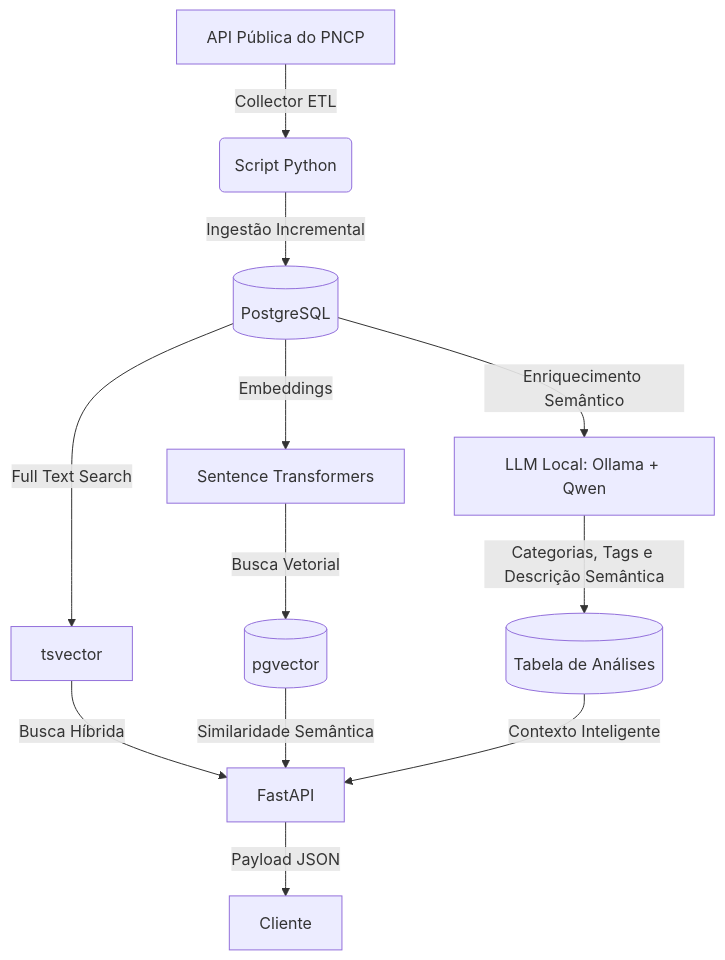
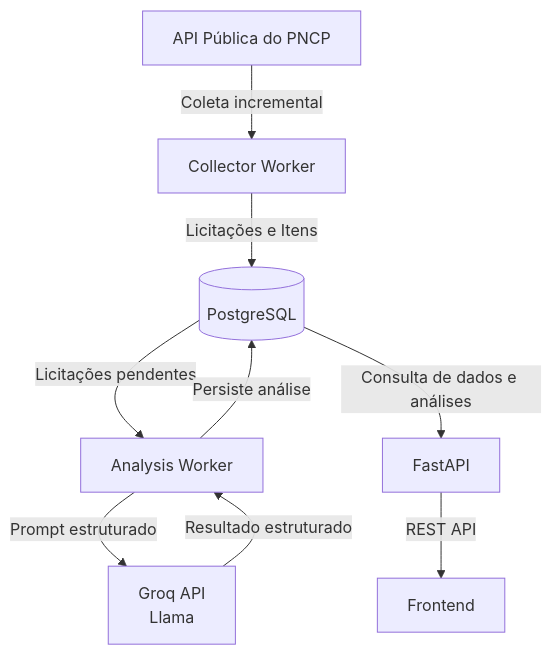
Before and after one commit to Fellyipe/pncp-semantic-search: the diagram in README.md, drawn with Mermaid. The commit also changed other lines of this file, not shown here.

````diff
--- a/README.md
+++ b/README.md
@@ -32,14 +33,11 @@
 ```mermaid
 graph TD
-    A[API Pública do PNCP] -->|Collector ETL| B(Script Python)
-    B -->|Ingestão Incremental| C[(PostgreSQL)]
-    C -->|Full Text Search| F[tsvector]
-    C -->|Embeddings| D[Sentence Transformers]
-    C -->|Enriquecimento Semântico| I[LLM Local: Ollama + Qwen]
-    I -->|Categorias, Tags e Descrição Semântica| J[(Tabela de Análises)]
-    D -->|Busca Vetorial| E[(pgvector)]
-    F -->|Busca Híbrida| G[FastAPI]
-    E -->|Similaridade Semântica| G
-    J -->|Contexto Inteligente| G
-    G -->|Payload JSON| H[Cliente]
+    A[API Pública do PNCP] -->|Coleta incremental| B[Collector Worker]
+    B -->|Licitações e Itens| C[(PostgreSQL)]
+    C -->|Licitações pendentes| D[Analysis Worker]
+    D -->|Prompt estruturado| E[Groq API<br/>Llama]
+    E -->|Resultado estruturado| D
+    D -->|Persiste análise| C
+    C -->|Consulta de dados e análises| F[FastAPI]
+    F -->|REST API| G[Frontend]
 ```
````
